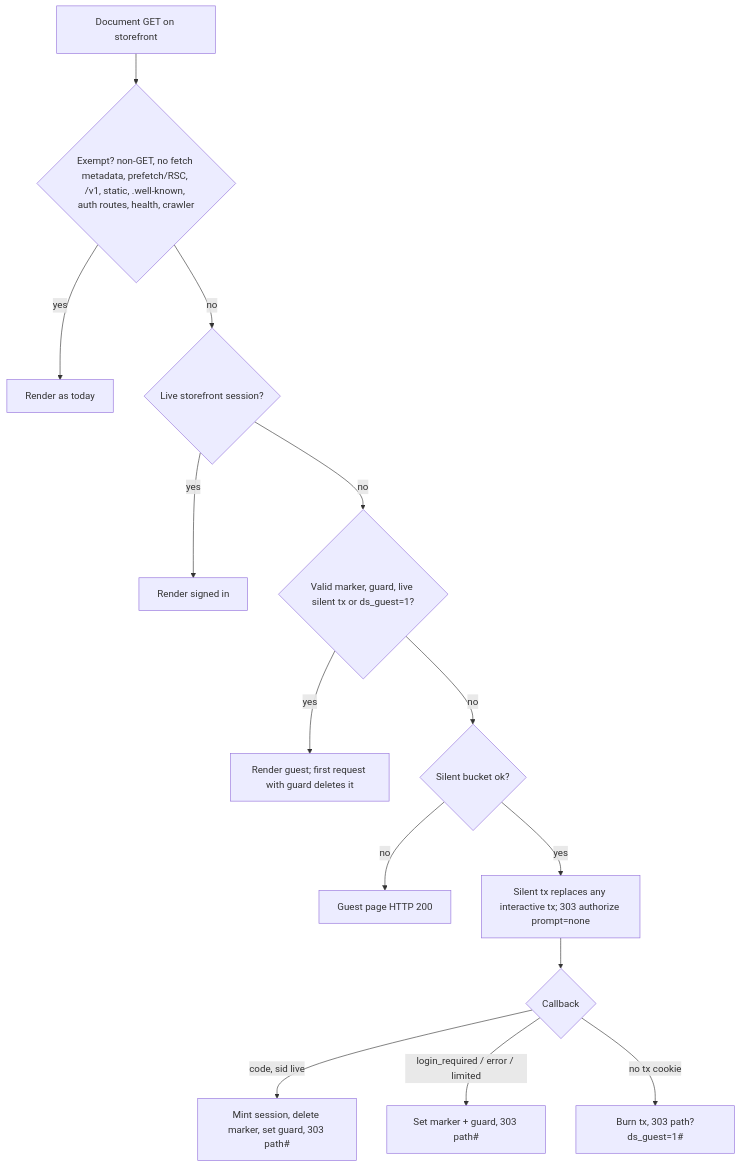
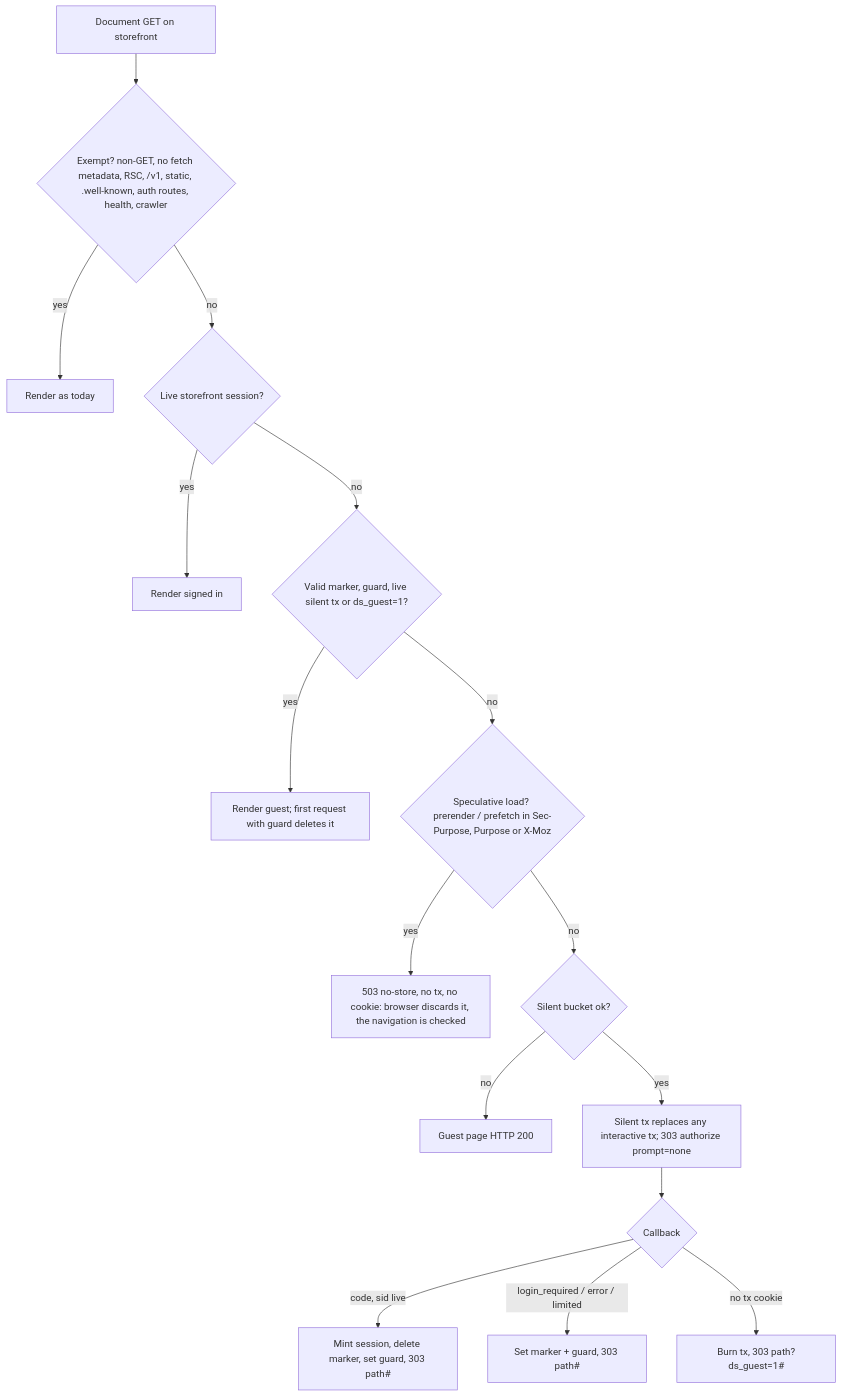
One commit to doctor-school/ds-platform changed the seventh of 12 diagrams in apps/docs/content/specs/features/003-user-authentication/003-design.md. Above: the diagram before and after it, drawn with Mermaid. The commit also changed 15 other files, not shown here.

````diff
--- a/apps/docs/content/specs/features/003-user-authentication/003-design.md
+++ b/apps/docs/content/specs/features/003-user-authentication/003-design.md
@@ -352,16 +352,18 @@
 ```mermaid
 flowchart TD
-    R[Document GET on storefront] --> E{Exempt? non-GET, no fetch metadata, prefetch/RSC, /v1, static, .well-known, auth routes, health, crawler}
+    R[Document GET on storefront] --> E{Exempt? non-GET, no fetch metadata, RSC, /v1, static, .well-known, auth routes, health, crawler}
     E -- yes --> G0[Render as today]
     E -- no --> S{Live storefront session?}
     S -- yes --> P[Render signed in]
     S -- no --> M{Valid marker, guard, live silent tx or ds_guest=1?}
     M -- yes --> GG[Render guest; first request with guard deletes it]
-    M -- no --> RL{Silent bucket ok?}
+    M -- no --> SP{Speculative load? prerender / prefetch in Sec-Purpose, Purpose or X-Moz}
+    SP -- yes --> SR[503 no-store, no tx, no cookie: browser discards it, the navigation is checked]
+    SP -- no --> RL{Silent bucket ok?}
     RL -- no --> GH[Guest page HTTP 200]
     RL -- yes --> T[Silent tx replaces any interactive tx; 303 authorize prompt=none]
     T --> CB{Callback}
     CB -- code, sid live --> MS[Mint session, delete marker, set guard, 303 path#]
     CB -- login_required / error / limited --> MK[Set marker + guard, 303 path#]
     CB -- no tx cookie --> NC[Burn tx, 303 path?ds_guest=1#]
 ```
````
